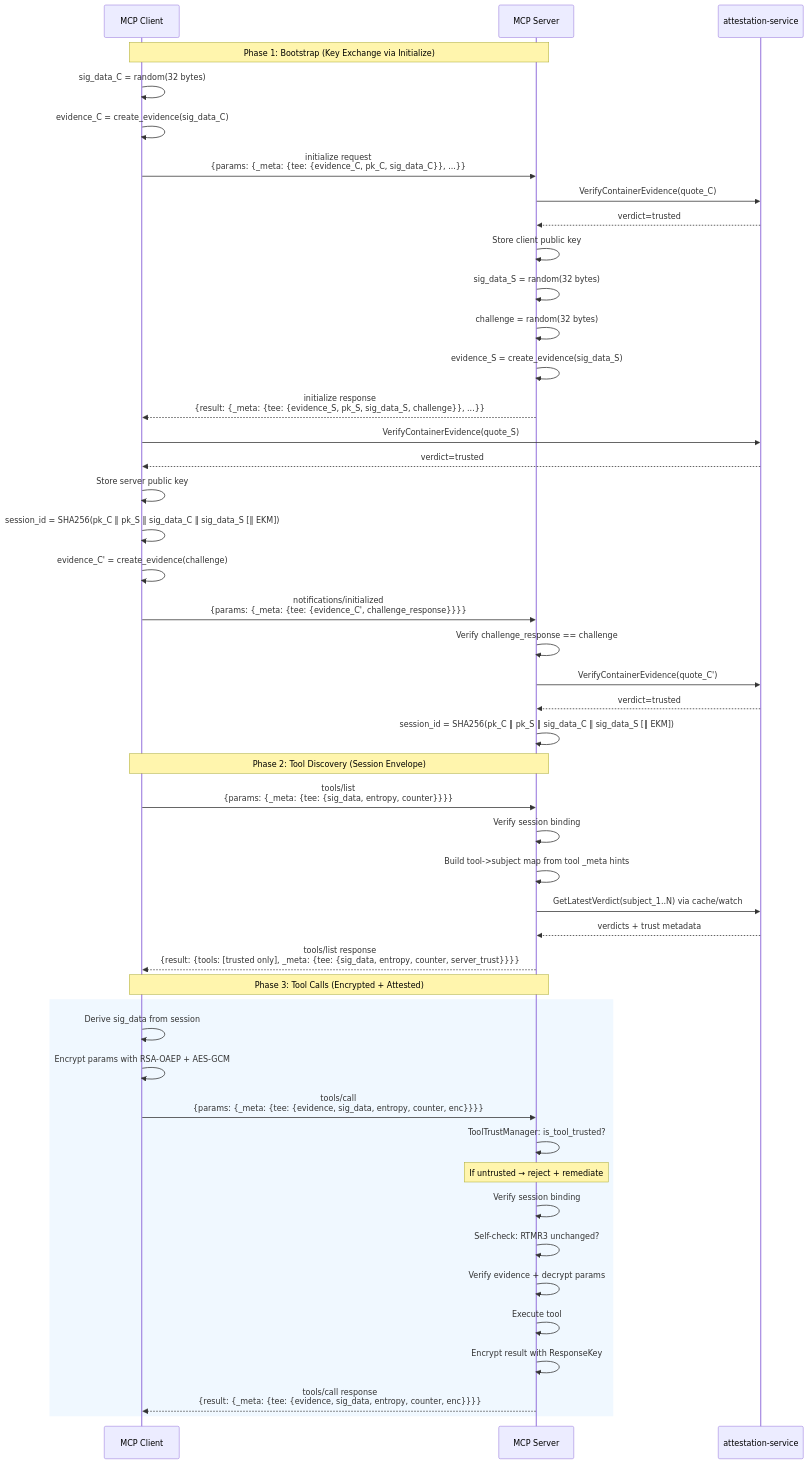
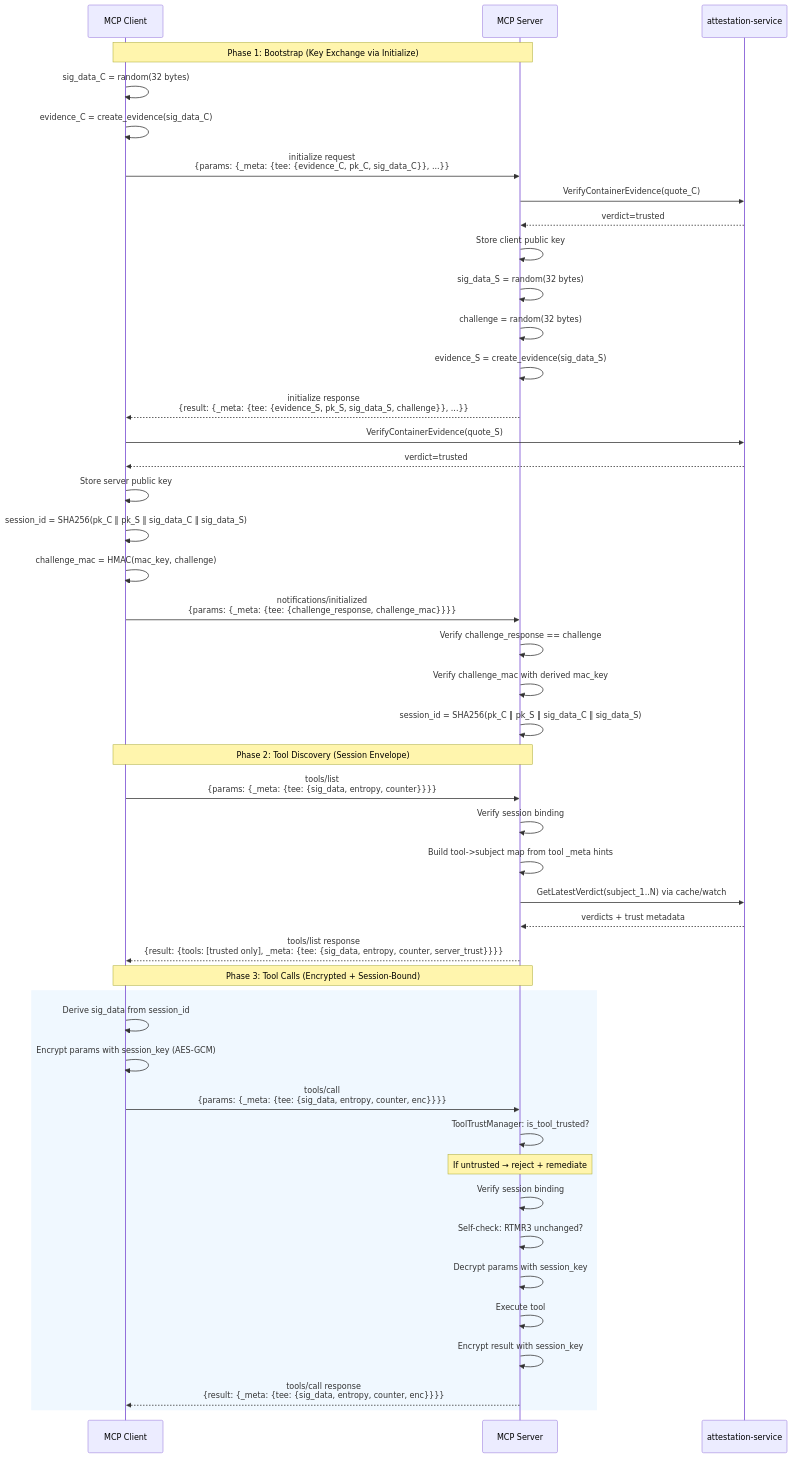
Before and after one commit to jc-su/python-sdk: the second of 11 diagrams in docs/TEE_MCP_PROTOCOL.md, drawn with Mermaid. The commit also changed other lines of this file and 51 other files, not shown here.

````diff
--- a/docs/TEE_MCP_PROTOCOL.md
+++ b/docs/TEE_MCP_PROTOCOL.md
@@ -67,60 +67,58 @@
 ```mermaid
 sequenceDiagram
     participant Client as MCP Client
     participant Server as MCP Server
     participant AS as attestation-service
 
     Note over Client,Server: Phase 1: Bootstrap (Key Exchange via Initialize)
 
     Client->>Client: sig_data_C = random(32 bytes)
     Client->>Client: evidence_C = create_evidence(sig_data_C)
     Client->>Server: initialize request<br/>{params: {_meta: {tee: {evidence_C, pk_C, sig_data_C}}, ...}}
 
     Server->>AS: VerifyContainerEvidence(quote_C)
     AS-->>Server: verdict=trusted
     Server->>Server: Store client public key
     Server->>Server: sig_data_S = random(32 bytes)
     Server->>Server: challenge = random(32 bytes)
     Server->>Server: evidence_S = create_evidence(sig_data_S)
     Server-->>Client: initialize response<br/>{result: {_meta: {tee: {evidence_S, pk_S, sig_data_S, challenge}}, ...}}
 
     Client->>AS: VerifyContainerEvidence(quote_S)
     AS-->>Client: verdict=trusted
     Client->>Client: Store server public key
-    Client->>Client: session_id = SHA256(pk_C ‖ pk_S ‖ sig_data_C ‖ sig_data_S [‖ EKM])
-
-    Client->>Client: evidence_C' = create_evidence(challenge)
-    Client->>Server: notifications/initialized<br/>{params: {_meta: {tee: {evidence_C', challenge_response}}}}
+    Client->>Client: session_id = SHA256(pk_C ‖ pk_S ‖ sig_data_C ‖ sig_data_S)
+    Client->>Client: challenge_mac = HMAC(mac_key, challenge)
+    Client->>Server: notifications/initialized<br/>{params: {_meta: {tee: {challenge_response, challenge_mac}}}}
 
     Server->>Server: Verify challenge_response == challenge
-    Server->>AS: VerifyContainerEvidence(quote_C')
-    AS-->>Server: verdict=trusted
-    Server->>Server: session_id = SHA256(pk_C ‖ pk_S ‖ sig_data_C ‖ sig_data_S [‖ EKM])
+    Server->>Server: Verify challenge_mac with derived mac_key
+    Server->>Server: session_id = SHA256(pk_C ‖ pk_S ‖ sig_data_C ‖ sig_data_S)
 
     Note over Client,Server: Phase 2: Tool Discovery (Session Envelope)
 
     Client->>Server: tools/list<br/>{params: {_meta: {tee: {sig_data, entropy, counter}}}}
     Server->>Server: Verify session binding
     Server->>Server: Build tool->subject map from tool _meta hints
     Server->>AS: GetLatestVerdict(subject_1..N) via cache/watch
     AS-->>Server: verdicts + trust metadata
     Server-->>Client: tools/list response<br/>{result: {tools: [trusted only], _meta: {tee: {sig_data, entropy, counter, server_trust}}}}
 
-    Note over Client,Server: Phase 3: Tool Calls (Encrypted + Attested)
+    Note over Client,Server: Phase 3: Tool Calls (Encrypted + Session-Bound)
 
     rect rgb(240, 248, 255)
-        Client->>Client: Derive sig_data from session
-        Client->>Client: Encrypt params with RSA-OAEP + AES-GCM
-        Client->>Server: tools/call<br/>{params: {_meta: {tee: {evidence, sig_data, entropy, counter, enc}}}}
+        Client->>Client: Derive sig_data from session_id
+        Client->>Client: Encrypt params with session_key (AES-GCM)
+        Client->>Server: tools/call<br/>{params: {_meta: {tee: {sig_data, entropy, counter, enc}}}}
 
         Server->>Server: ToolTrustManager: is_tool_trusted?
         Note over Server: If untrusted → reject + remediate
 
         Server->>Server: Verify session binding
         Server->>Server: Self-check: RTMR3 unchanged?
-        Server->>Server: Verify evidence + decrypt params
+        Server->>Server: Decrypt params with session_key
         Server->>Server: Execute tool
-        Server->>Server: Encrypt result with ResponseKey
-        Server-->>Client: tools/call response<br/>{result: {_meta: {tee: {evidence, sig_data, entropy, counter, enc}}}}
+        Server->>Server: Encrypt result with session_key
+        Server-->>Client: tools/call response<br/>{result: {_meta: {tee: {sig_data, entropy, counter, enc}}}}
     end
 ```
````
